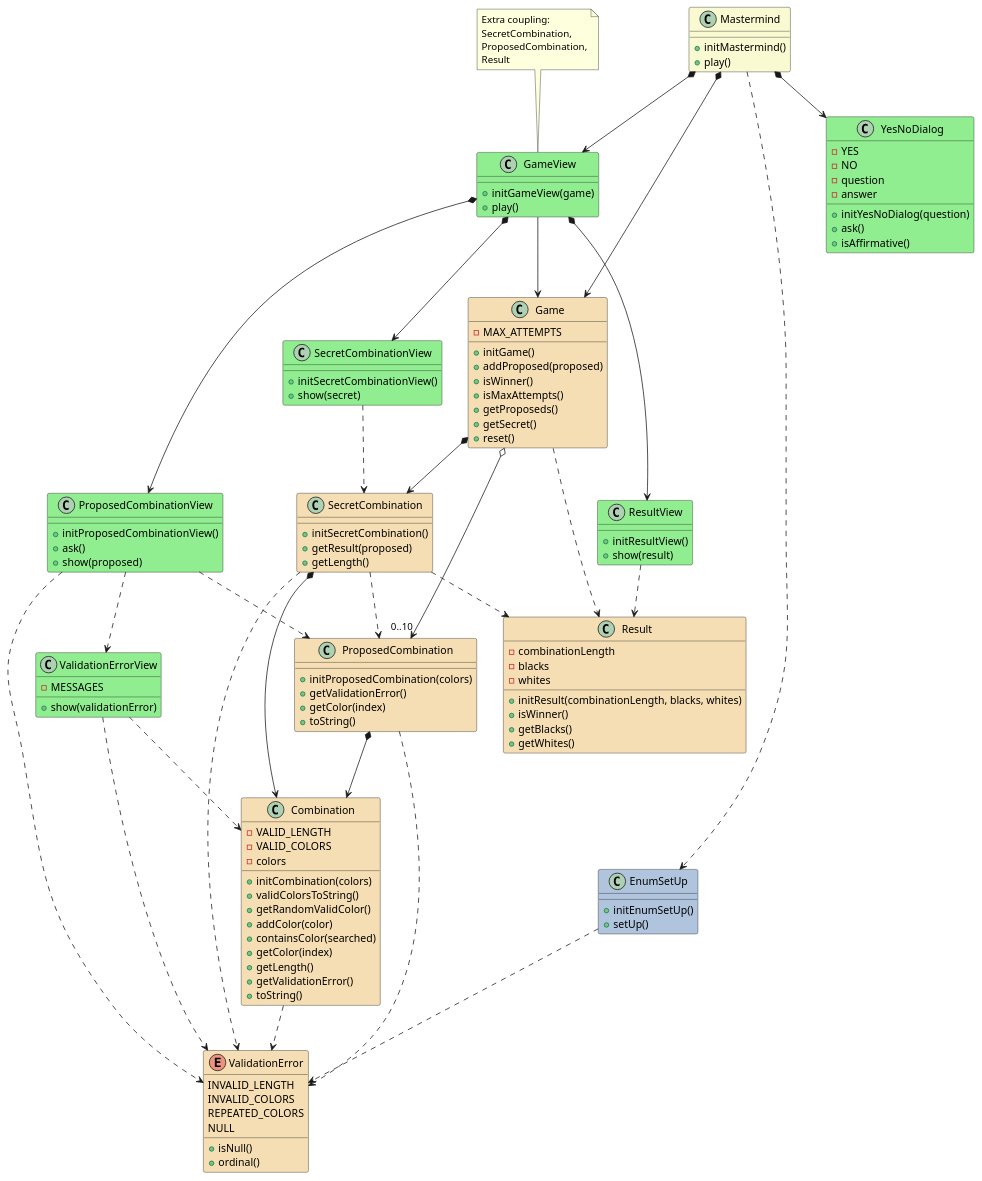
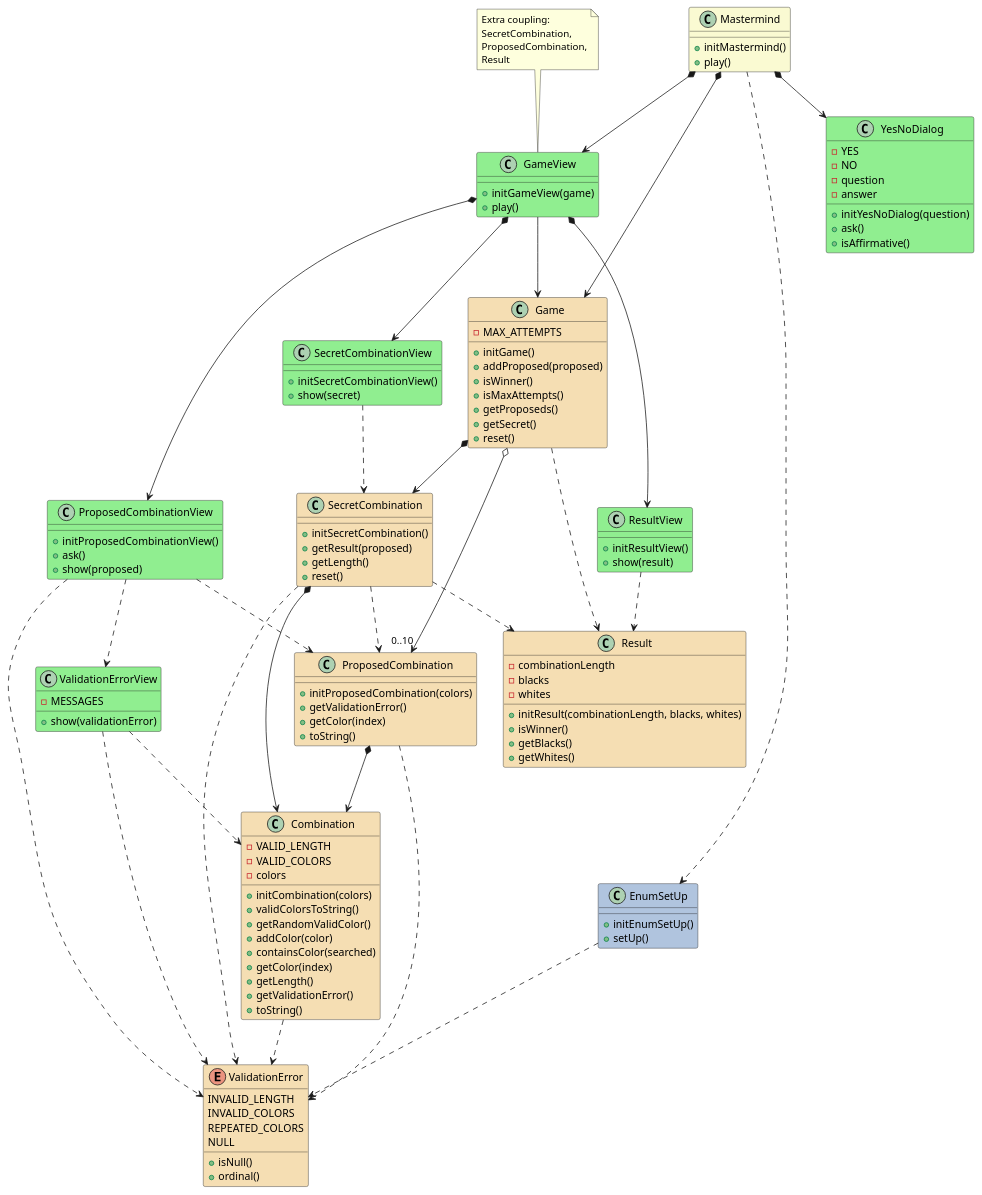
The diagram in docs/dev-resume/analysis.plantuml (PabloMartinFluvia/myGame-mastermind), drawn with PlantUML before and after one commit. The commit also changed 2 other files, not shown here.

```diff
--- a/docs/dev-resume/analysis.plantuml
+++ b/docs/dev-resume/analysis.plantuml
@@ -1,155 +1,156 @@
 @startuml analysis
 
 class Mastermind #LightGoldenRodYellow {  
 
     + initMastermind()
     + play()    
 }
 Mastermind *--> Game
 Mastermind *--> GameView
 Mastermind *--> YesNoDialog
 Mastermind ..> EnumSetUp
 
 class GameView #LightGreen {
 
     + initGameView(game)
     + play()
 }
 note top
 Extra coupling:
 SecretCombination,
 ProposedCombination,
 Result
 end note
 GameView -down-> Game
 GameView *--> SecretCombinationView
 GameView *--> ProposedCombinationView
 GameView *--> ResultView
 
 
 class SecretCombinationView #LightGreen {
     
     + initSecretCombinationView()
     + show(secret)
 }
 SecretCombinationView ..> SecretCombination
 
 class ProposedCombinationView #LightGreen {
     
     + initProposedCombinationView()
     + ask()
     + show(proposed)
 }
 ProposedCombinationView ..> ProposedCombination
 ProposedCombinationView ..> ValidationError
 ProposedCombinationView ..> ValidationErrorView
 
 class ValidationErrorView #LightGreen {
 
     - MESSAGES
     
     + show(validationError)
 }
 ValidationErrorView ..> ValidationError
 ValidationErrorView ..> Combination
 
 class ResultView #LightGreen {
     
     + initResultView()
     + show(result)
 }
 ResultView ..> Result
 
 class Game #Wheat{
     - MAX_ATTEMPTS
 
     + initGame()
     + addProposed(proposed)
     + isWinner()
     + isMaxAttempts()
     + getProposeds()
     + getSecret()
     + reset()    
 }
 Game *--> SecretCombination
 Game o--> "0..10" ProposedCombination
 Game .down.> Result
 
 class SecretCombination #Wheat{
     
     + initSecretCombination()    
     + getResult(proposed)
     + getLength()     
+    + reset()
 
 }
 SecretCombination *-down-> Combination
 SecretCombination .down.> ProposedCombination
 SecretCombination .down.> Result
 SecretCombination .down.> ValidationError
 
 class Combination #Wheat{
     - VALID_LENGTH
     - VALID_COLORS    
     - colors
 
     + initCombination(colors)
     + validColorsToString()
     + getRandomValidColor()    
     + addColor(color)
     + containsColor(searched)      
     + getColor(index)
     + getLength()          
     + getValidationError()
     + toString()
 }
 Combination .down.> ValidationError
 
 enum ValidationError #Wheat{    
     INVALID_LENGTH
     INVALID_COLORS
     REPEATED_COLORS
     NULL
 
     + isNull()
     + ordinal()
 }
 
 class ProposedCombination #Wheat{
 
     + initProposedCombination(colors)        
     + getValidationError()
     + getColor(index)   
     + toString()   
 }
 ProposedCombination *-down-> Combination 
 ProposedCombination .down.> ValidationError
 
 class Result #Wheat{
     - combinationLength
     - blacks
     - whites
 
     + initResult(combinationLength, blacks, whites)
     + isWinner()
     + getBlacks()    
     + getWhites()    
 }
 
 class YesNoDialog #LightGreen {
     - YES
     - NO
     - question
     - answer    
 
     + initYesNoDialog(question)
     + ask()
     + isAffirmative()
 }
 
 class EnumSetUp #LightSteelBlue {
     + initEnumSetUp()
     + setUp()
 }
 EnumSetUp ..> ValidationError
 
 @enduml
```
